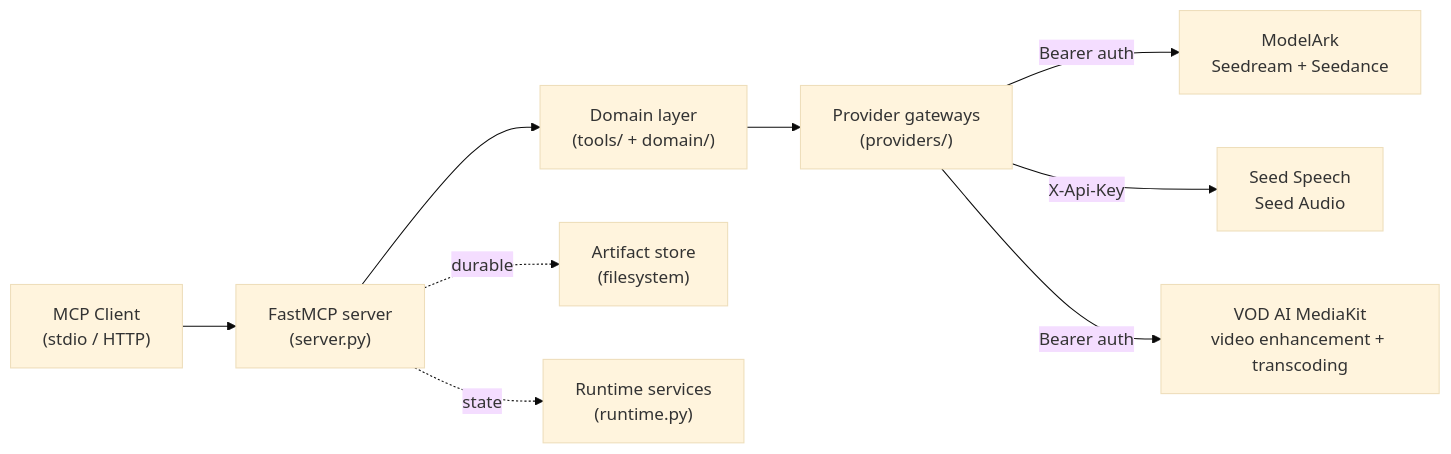
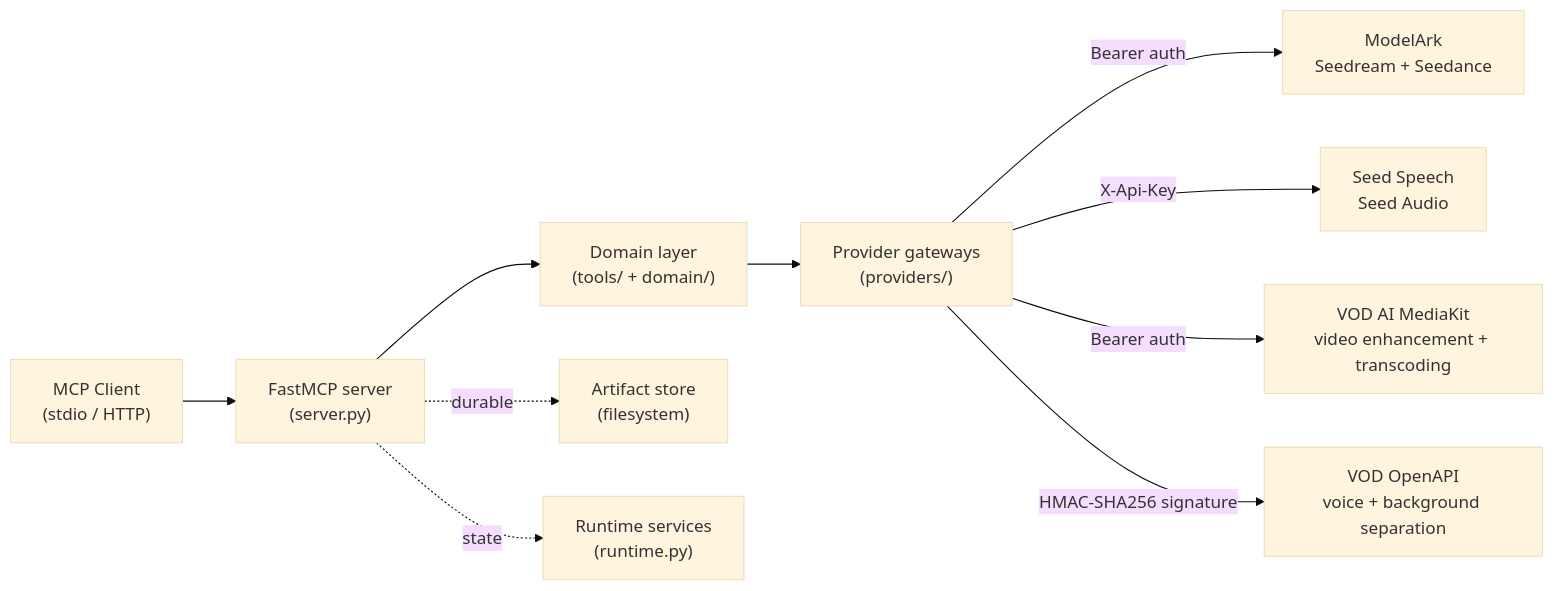
The first of 3 diagrams in docs/architecture.md (byteplus-sa/modelark-mcp), drawn with Mermaid (base theme) before and after one commit. The commit also changed other lines of this file and 26 other files, not shown here.

First line of the commit message:
feat: add BytePlus VOD OpenAPI voice and background audio separation

````diff
--- a/docs/architecture.md
+++ b/docs/architecture.md
@@ -55,11 +58,12 @@
 ```mermaid
 flowchart LR
     Client["MCP Client\n(stdio / HTTP)"] --> Server["FastMCP server\n(server.py)"]
     Server --> Domain["Domain layer\n(tools/ + domain/)"]
     Domain --> Gateway["Provider gateways\n(providers/)"]
     Gateway -->|"Bearer auth"| ModelArk["ModelArk\nSeedream + Seedance"]
     Gateway -->|"X-Api-Key"| SeedSpeech["Seed Speech\nSeed Audio"]
     Gateway -->|"Bearer auth"| MediaKit["VOD AI MediaKit\nvideo enhancement + transcoding"]
+    Gateway -->|"HMAC-SHA256 signature"| VodOpenApi["VOD OpenAPI\nvoice + background separation"]
     Server -.durable.-> Store["Artifact store\n(filesystem)"]
     Server -.state.-> Runtime["Runtime services\n(runtime.py)"]
 ```
````
